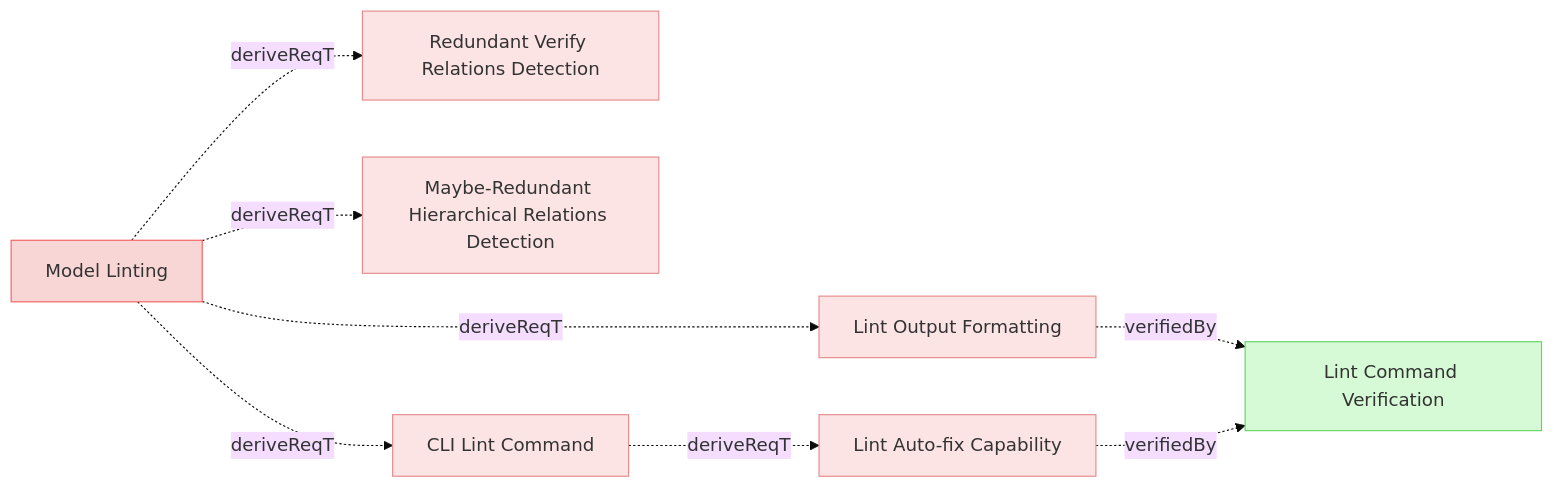
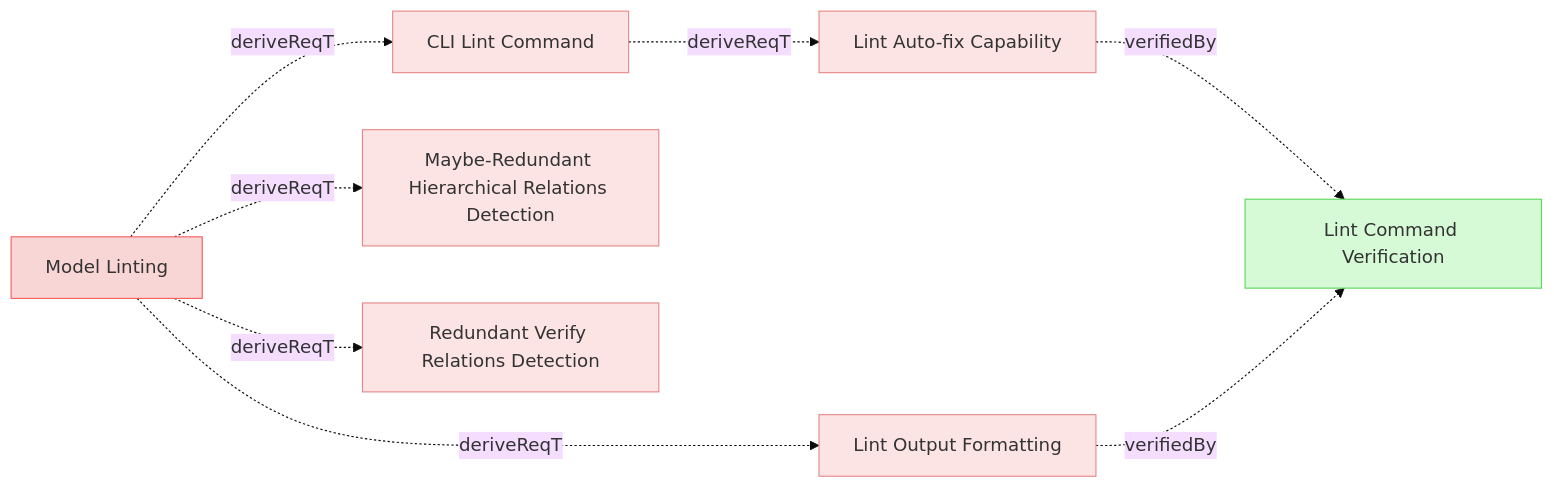
One commit to reqvire-org/reqvire changed the second of 2 diagrams in specifications/ReqvireTool/ValidationAndReporting/Lint.md. Above: the diagram before and after it, drawn with Mermaid (base theme). The commit also changed other lines of this file and 45 other files, not shown here.

````diff
--- a/specifications/ReqvireTool/ValidationAndReporting/Lint.md
+++ b/specifications/ReqvireTool/ValidationAndReporting/Lint.md
@@ -152,38 +152,38 @@
 ```mermaid
 graph LR;
   %% REQVIRE-AUTOGENERATED-DIAGRAM
   %% Graph styling
   classDef userRequirement fill:#f9d6d6,stroke:#f55f5f,stroke-width:1px;
   classDef systemRequirement fill:#fce4e4,stroke:#e68a8a,stroke-width:1px;
   classDef verification fill:#d6f9d6,stroke:#5fd75f,stroke-width:1px;
   classDef default fill:#f5f5f5,stroke:#333333,stroke-width:1px;
 
+  aaabcd9a18f29740["Lint Auto-fix Capability"];
+  class aaabcd9a18f29740 systemRequirement;
+  click aaabcd9a18f29740 "Lint.md#lint-auto-fix-capability";
+  1e055437d952f703["Lint Command Verification"];
+  class 1e055437d952f703 verification;
+  click 1e055437d952f703 "../../Verifications/Misc.md#lint-command-verification";
+  aaabcd9a18f29740 -.->|verifiedBy| 1e055437d952f703;
   c17206ef87710036["Lint Output Formatting"];
   class c17206ef87710036 systemRequirement;
   click c17206ef87710036 "Lint.md#lint-output-formatting";
-  1e055437d952f703["Lint Command Verification"];
-  class 1e055437d952f703 verification;
-  click 1e055437d952f703 "../../Verifications/Misc.md#lint-command-verification";
   c17206ef87710036 -.->|verifiedBy| 1e055437d952f703;
-  aaabcd9a18f29740["Lint Auto-fix Capability"];
-  class aaabcd9a18f29740 systemRequirement;
-  click aaabcd9a18f29740 "Lint.md#lint-auto-fix-capability";
-  aaabcd9a18f29740 -.->|verifiedBy| 1e055437d952f703;
+  5cf5c9e2e5f6f00d["CLI Lint Command"];
+  class 5cf5c9e2e5f6f00d systemRequirement;
+  click 5cf5c9e2e5f6f00d "../UserInterface/CLI.md#cli-lint-command";
+  5cf5c9e2e5f6f00d -.->|deriveReqT| aaabcd9a18f29740;
   7305c1d6f7f1e2b2["Model Linting"];
   class 7305c1d6f7f1e2b2 userRequirement;
   click 7305c1d6f7f1e2b2 "../../UserRequirements.md#model-linting";
+  7305c1d6f7f1e2b2 -.->|deriveReqT| 5cf5c9e2e5f6f00d;
   7305c1d6f7f1e2b2 -.->|deriveReqT| c17206ef87710036;
+  345c1bb921bc8a5["Maybe-Redundant Hierarchical Relations Detection"];
+  class 345c1bb921bc8a5 systemRequirement;
+  click 345c1bb921bc8a5 "Lint.md#maybe-redundant-hierarchical-relations-detection";
+  7305c1d6f7f1e2b2 -.->|deriveReqT| 345c1bb921bc8a5;
   4517ba9864214f8f["Redundant Verify Relations Detection"];
   class 4517ba9864214f8f systemRequirement;
   click 4517ba9864214f8f "Lint.md#redundant-verify-relations-detection";
   7305c1d6f7f1e2b2 -.->|deriveReqT| 4517ba9864214f8f;
-  345c1bb921bc8a5["Maybe-Redundant Hierarchical Relations Detection"];
-  class 345c1bb921bc8a5 systemRequirement;
-  click 345c1bb921bc8a5 "Lint.md#maybe-redundant-hierarchical-relations-detection";
-  7305c1d6f7f1e2b2 -.->|deriveReqT| 345c1bb921bc8a5;
-  5cf5c9e2e5f6f00d["CLI Lint Command"];
-  class 5cf5c9e2e5f6f00d systemRequirement;
-  click 5cf5c9e2e5f6f00d "../UserInterface/CLI.md#cli-lint-command";
-  7305c1d6f7f1e2b2 -.->|deriveReqT| 5cf5c9e2e5f6f00d;
-  5cf5c9e2e5f6f00d -.->|deriveReqT| aaabcd9a18f29740;
 ```
````
